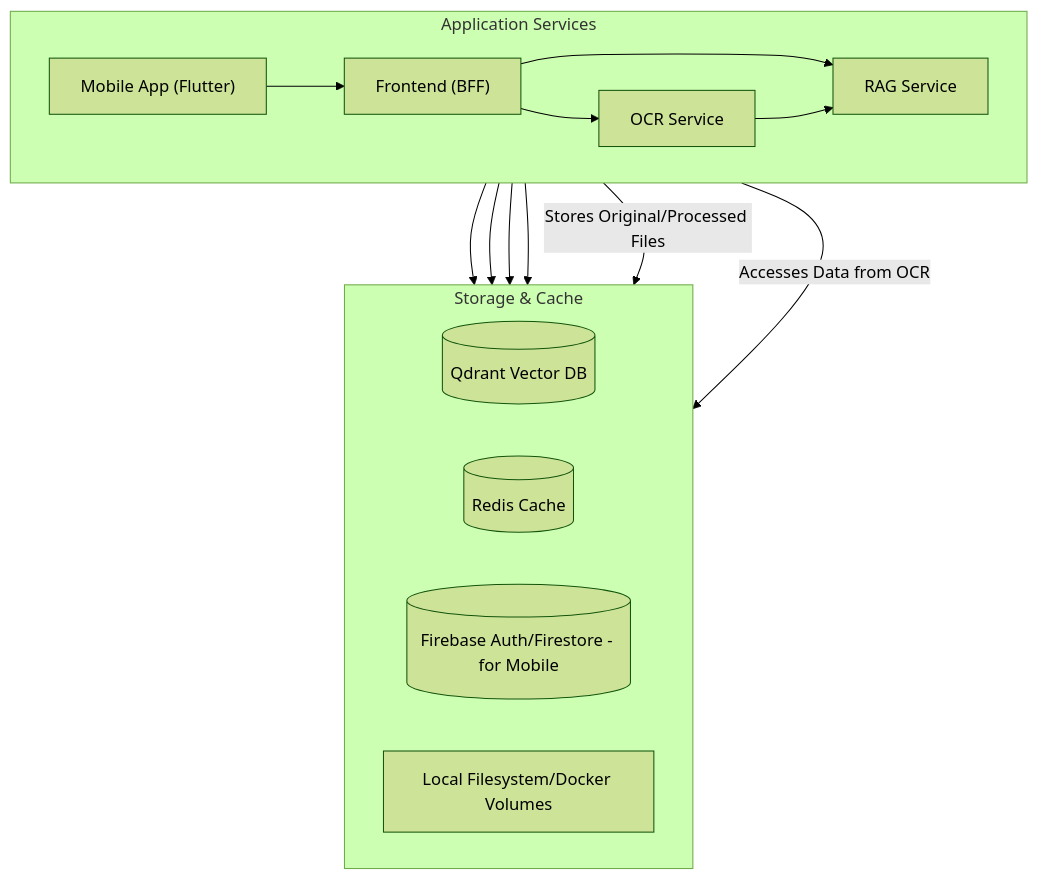
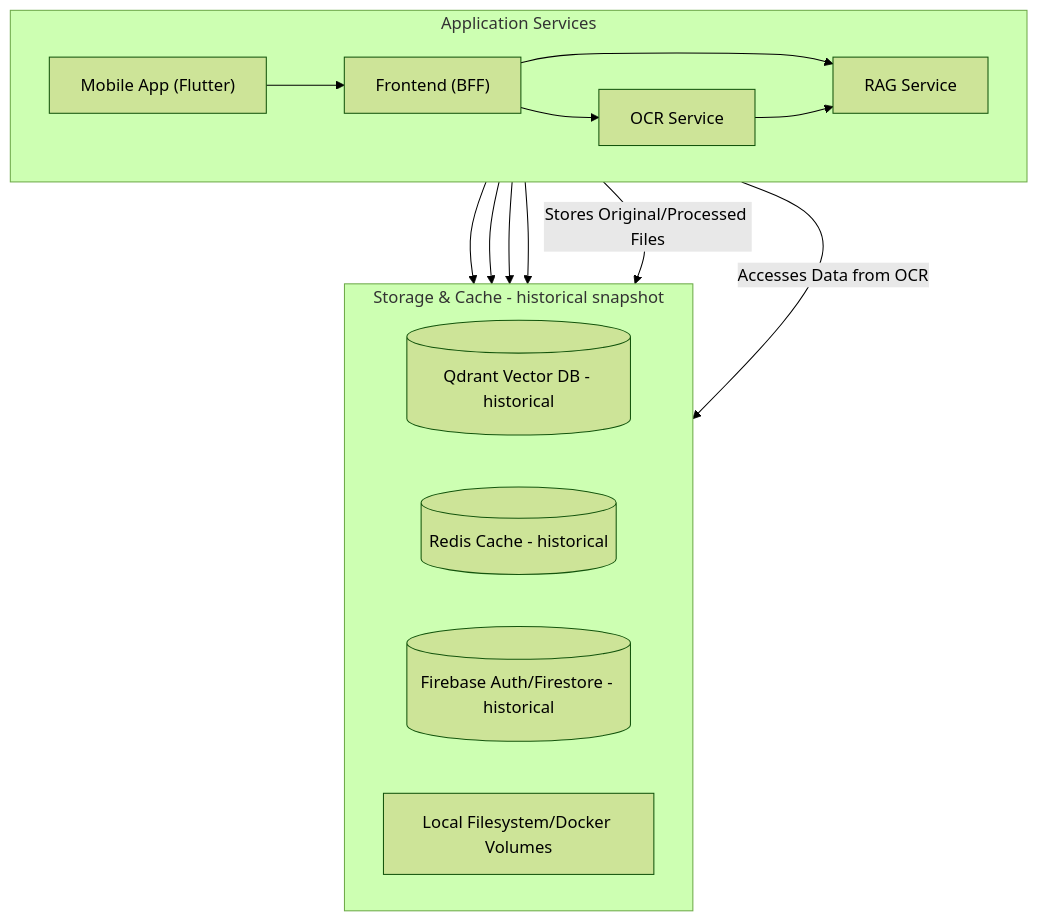
Before and after one commit to pranaysuyash/insurance_q: the diagram in docs/technical/data_storage/data_storage_and_management.md, drawn with Mermaid (forest theme). The commit also changed other lines of this file and 250 other files, not shown here.

````diff
--- a/docs/technical/data_storage/data_storage_and_management.md
+++ b/docs/technical/data_storage/data_storage_and_management.md
@@ -29,31 +42,31 @@
 ```mermaid
 graph TD
     subgraph AppServices [Application Services]
         direction LR
         Frontend_BFF["Frontend (BFF)"]
         OCR_Service["OCR Service"]
         RAG_Service["RAG Service"]
         Mobile_App["Mobile App (Flutter)"]
     end
 
-    subgraph StorageLayer [Storage & Cache]
+    subgraph StorageLayer [Storage & Cache - historical snapshot]
         direction LR
-        QdrantDB[(Qdrant Vector DB)]
-        RedisCache[(Redis Cache)]
-        Firebase[(Firebase Auth/Firestore - for Mobile)]
+        QdrantDB[(Qdrant Vector DB - historical)]
+        RedisCache[(Redis Cache - historical)]
+        Firebase[(Firebase Auth/Firestore - historical)]
         LocalFS[Local Filesystem/Docker Volumes]
     end
 
     Frontend_BFF --> OCR_Service
     Frontend_BFF --> RAG_Service
     OCR_Service --> RAG_Service
     OCR_Service --> RedisCache
     RAG_Service --> QdrantDB
     RAG_Service --> RedisCache
     
     Mobile_App --> Firebase
     Mobile_App --> Frontend_BFF
 
     OCR_Service -- Stores Original/Processed Files --> LocalFS
     RAG_Service -- Accesses Data from OCR --> LocalFS
 ```
````
